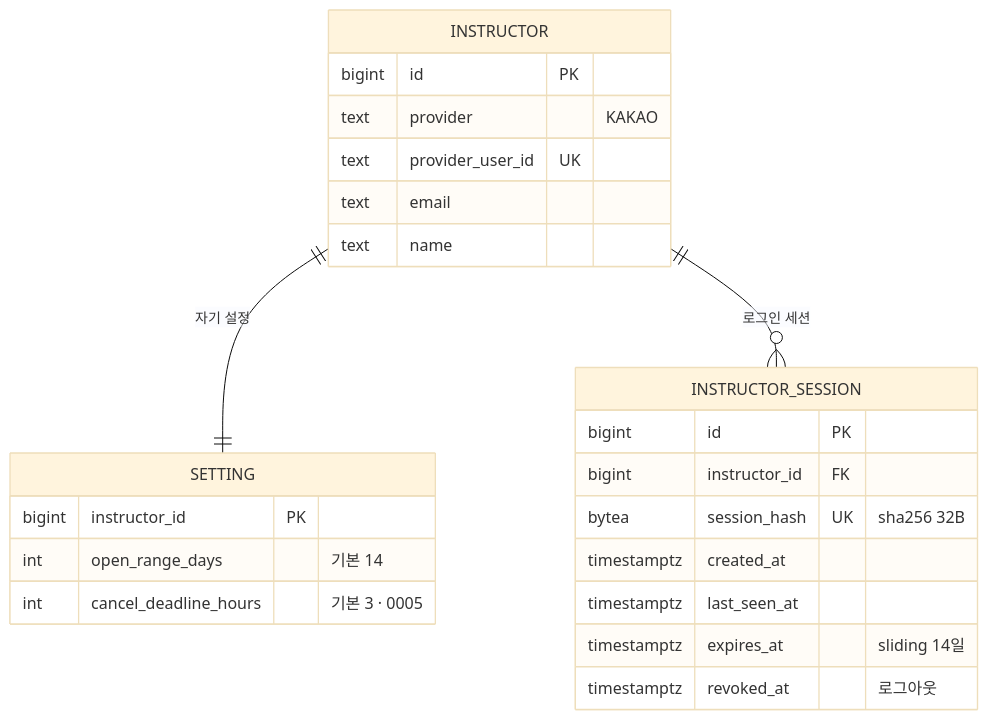
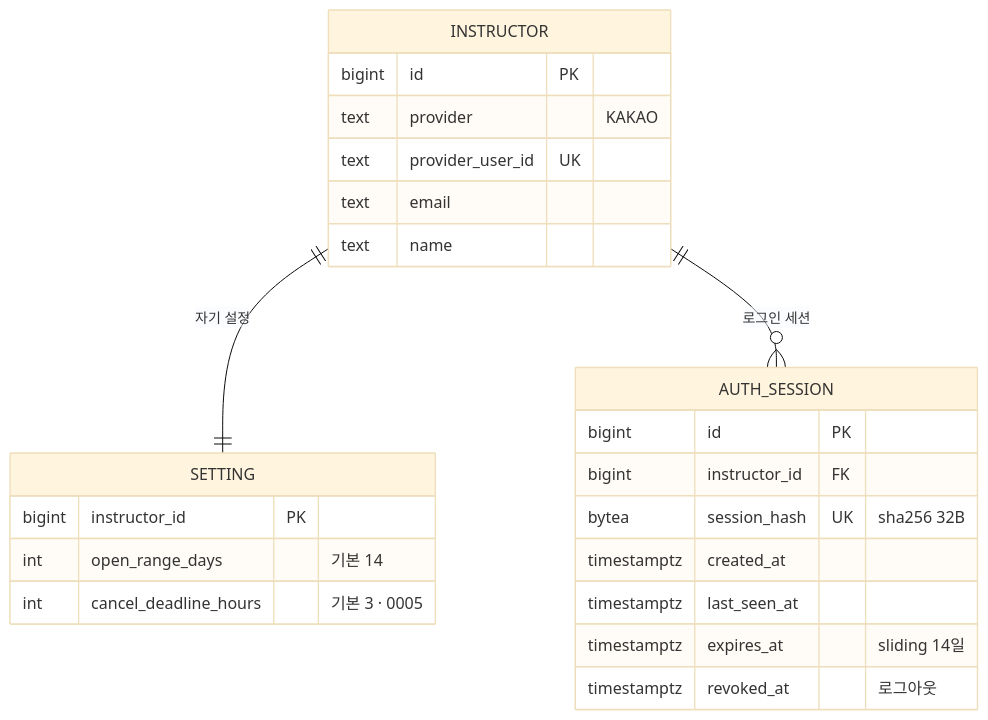
The diagram in docs/spec/instructor/data-model.md (Fit-link-v2/FitLink-BE), drawn with Mermaid (base theme) before and after one commit. The commit also changed other lines of this file and 27 other files, not shown here.

First line of the commit message:
refactor(auth): 로그인 · 세션 코드를 auth 모듈로 분리 (#14)

````diff
--- a/docs/spec/instructor/data-model.md
+++ b/docs/spec/instructor/data-model.md
@@ -7,26 +7,26 @@
 ```mermaid
 erDiagram
     INSTRUCTOR ||--|| SETTING : "자기 설정"
-    INSTRUCTOR ||--o{ INSTRUCTOR_SESSION : "로그인 세션"
+    INSTRUCTOR ||--o{ AUTH_SESSION : "로그인 세션"
     INSTRUCTOR {
         bigint id PK
         text provider "KAKAO"
         text provider_user_id UK
         text email
         text name
     }
     SETTING {
         bigint instructor_id PK
         int open_range_days "기본 14"
         int cancel_deadline_hours "기본 3 · 0005"
     }
-    INSTRUCTOR_SESSION {
+    AUTH_SESSION {
         bigint id PK
         bigint instructor_id FK
         bytea session_hash UK "sha256 32B"
         timestamptz created_at
         timestamptz last_seen_at
         timestamptz expires_at "sliding 14일"
         timestamptz revoked_at "로그아웃"
     }
 ```
````
